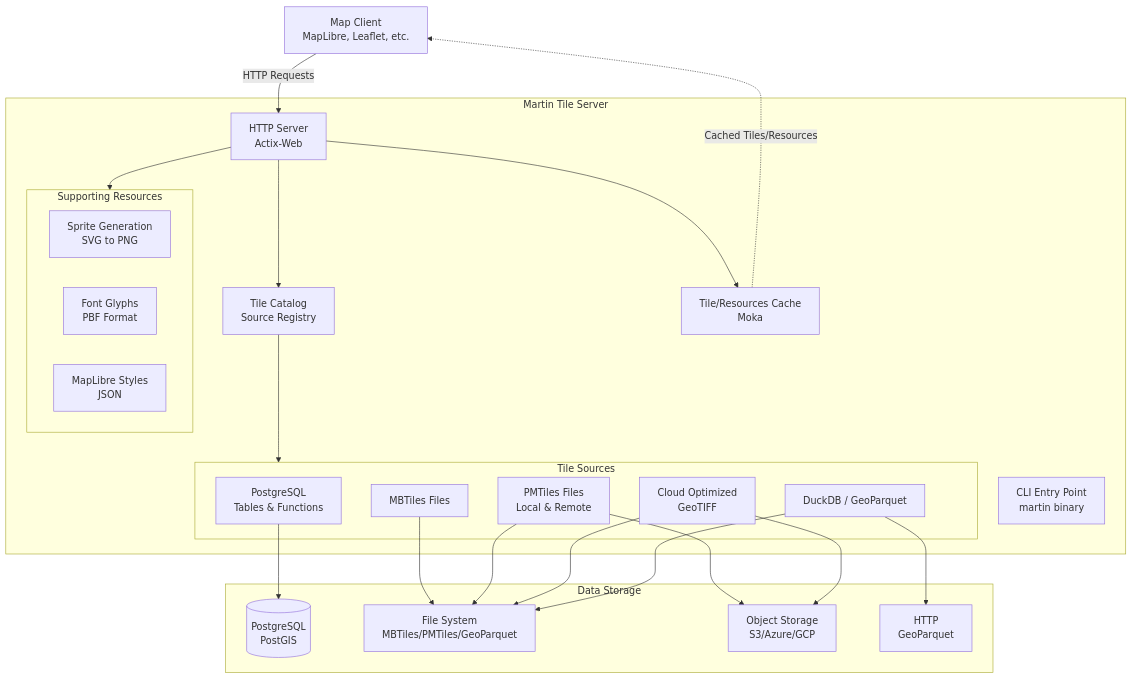
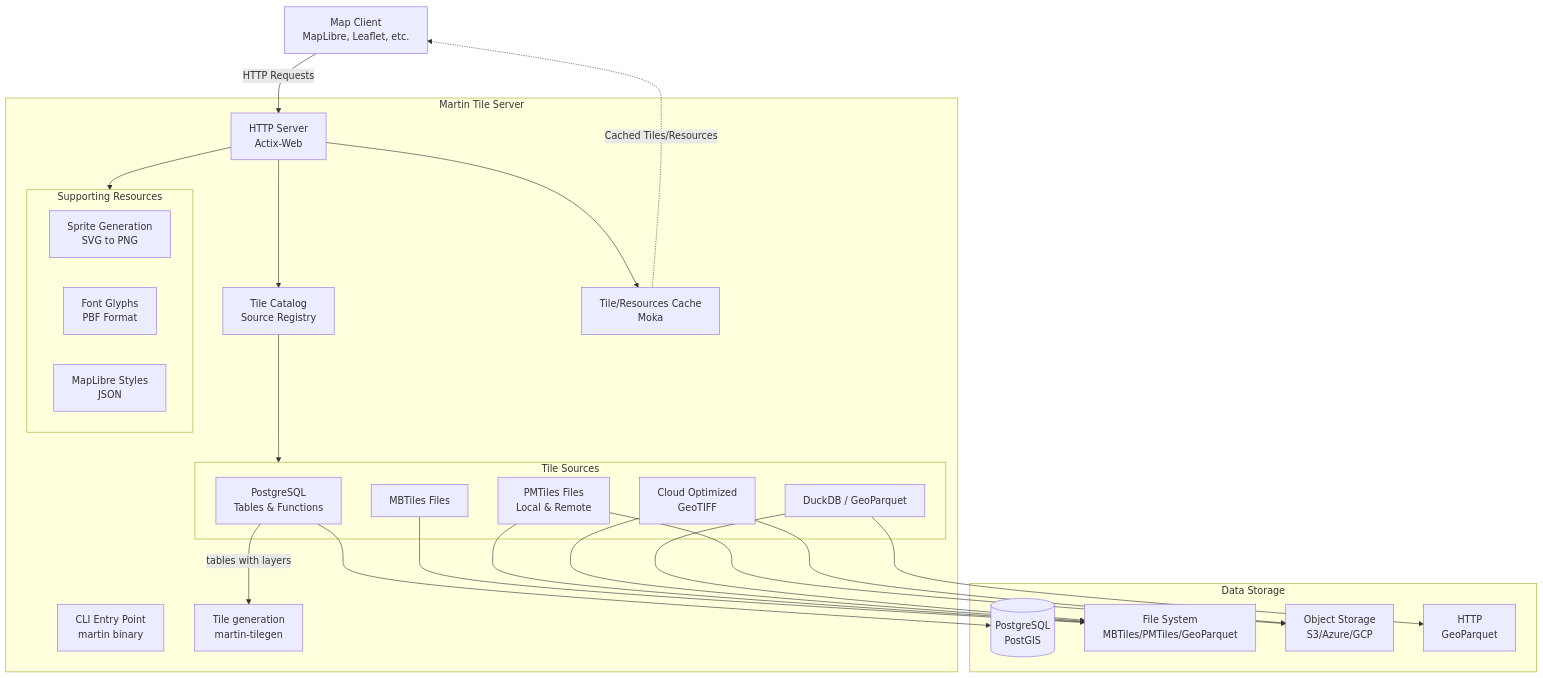
Before and after one commit to maplibre/martin: the first of 4 diagrams in docs/content/architecture.md, drawn with Mermaid. The commit also changed other lines of this file and 4 other files, not shown here.

First line of the commit message:
docs(tilegen): describe serving tiles of table sources with `layers`

````diff
--- a/docs/content/architecture.md
+++ b/docs/content/architecture.md
@@ -19,50 +20,52 @@
 ```mermaid
 graph TB
     Client[Map Client<br/>MapLibre, Leaflet, etc.]
 
     subgraph Martin["Martin Tile Server"]
         CLI[CLI Entry Point<br/>martin binary]
         Server[HTTP Server<br/>Actix-Web]
 
         subgraph Sources["Tile Sources"]
             PG[PostgreSQL<br/>Tables & Functions]
             MBT[MBTiles Files]
             PMT[PMTiles Files<br/>Local & Remote]
             COG[Cloud Optimized<br/>GeoTIFF]
             DuckDB[DuckDB / GeoParquet]
         end
 
         subgraph Resources["Supporting Resources"]
             Sprites[Sprite Generation<br/>SVG to PNG]
             Fonts[Font Glyphs<br/>PBF Format]
             Styles[MapLibre Styles<br/>JSON]
         end
 
+        Engine[Tile generation<br/>martin-tilegen]
         Catalog[Tile Catalog<br/>Source Registry]
         Cache[Tile/Resources Cache<br/>Moka]
     end
 
     subgraph Storage["Data Storage"]
         DB[(PostgreSQL<br/>PostGIS)]
         Files[File System<br/>MBTiles/PMTiles/GeoParquet]
         S3[Object Storage<br/>S3/Azure/GCP]
         HTTP[HTTP<br/>GeoParquet]
     end
 
     Client -->|HTTP Requests| Server
     Server --> Catalog
     Catalog --> Sources
     Server --> Resources
     Server --> Cache
 
     PG --> DB
+    PG -->|tables with layers| Engine
     MBT --> Files
     PMT --> Files
     PMT --> S3
     COG --> Files
     COG --> S3
     DuckDB --> Files
     DuckDB --> HTTP
 
     Cache -.->|Cached Tiles/Resources| Client
 ```
````
